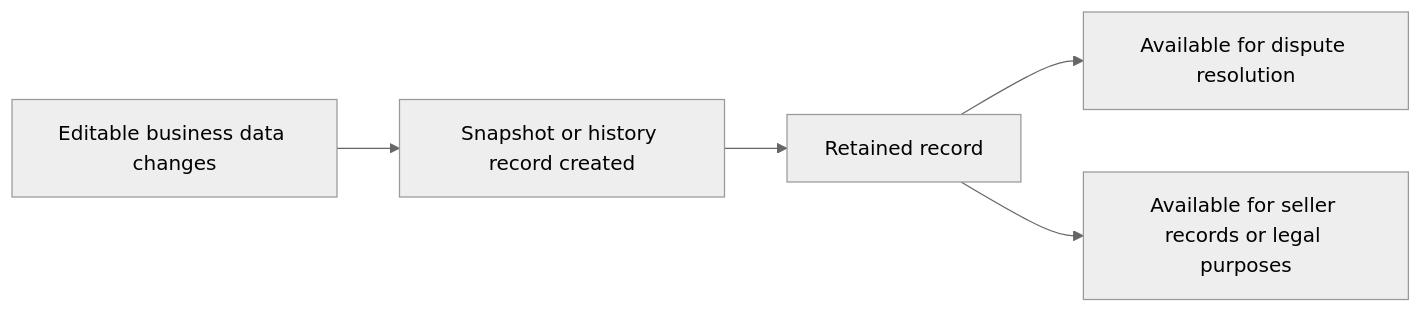
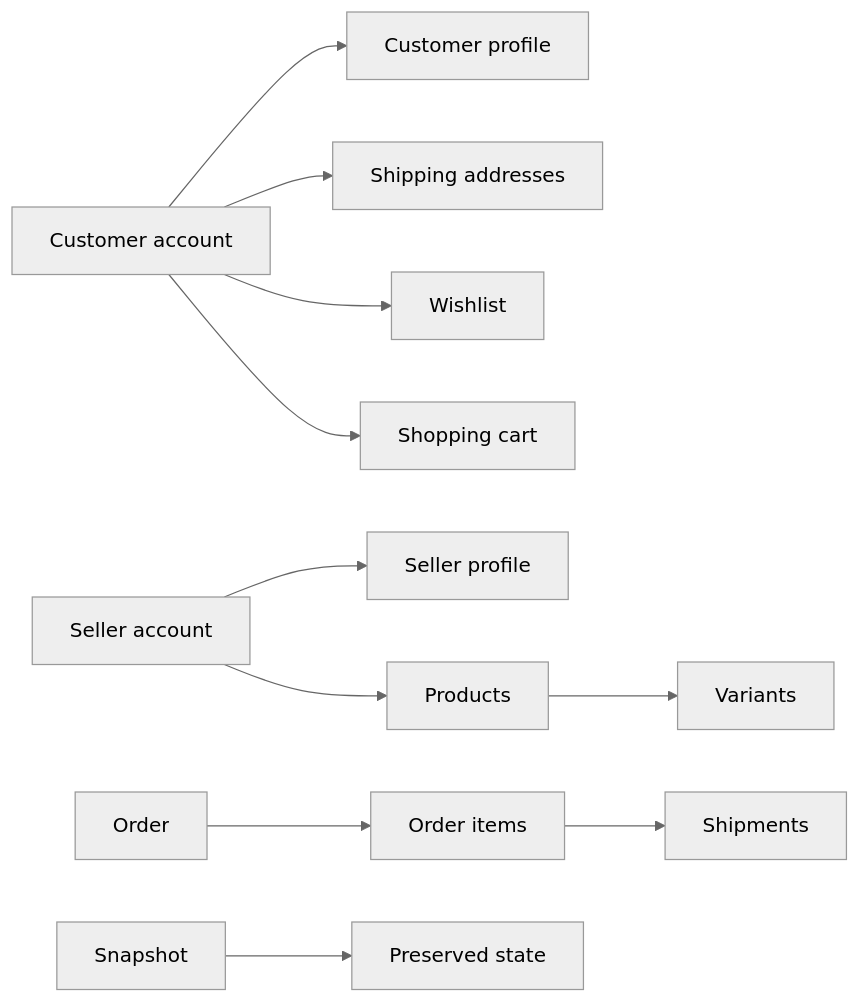
One commit to wrtnlabs/autobe-examples changed the first of 5 diagrams in openai/gpt-5.4-mini/shopping/docs/analysis/05-non-functional.md. Above: the diagram before and after it, drawn with Mermaid (neutral theme). The commit also changed other lines of this file and 9017 other files, not shown here.

````diff
--- a/openai/gpt-5.4-mini/shopping/docs/analysis/05-non-functional.md
+++ b/openai/gpt-5.4-mini/shopping/docs/analysis/05-non-functional.md
@@ -95,7 +26,13 @@
 ```mermaid
 flowchart LR
-    A["Editable business data changes"] --> B["Snapshot or history record created"]
-    B --> C["Retained record"]
-    C --> D["Available for dispute resolution"]
-    C --> E["Available for seller records or legal purposes"]
+    A["Customer account"] --> B["Customer profile"]
+    A --> C["Shipping addresses"]
+    A --> D["Wishlist"]
+    A --> E["Shopping cart"]
+    F["Seller account"] --> G["Seller profile"]
+    F --> H["Products"]
+    H --> I["Variants"]
+    J["Order"] --> K["Order items"]
+    K --> L["Shipments"]
+    M["Snapshot"] --> N["Preserved state"]
 ```
````
